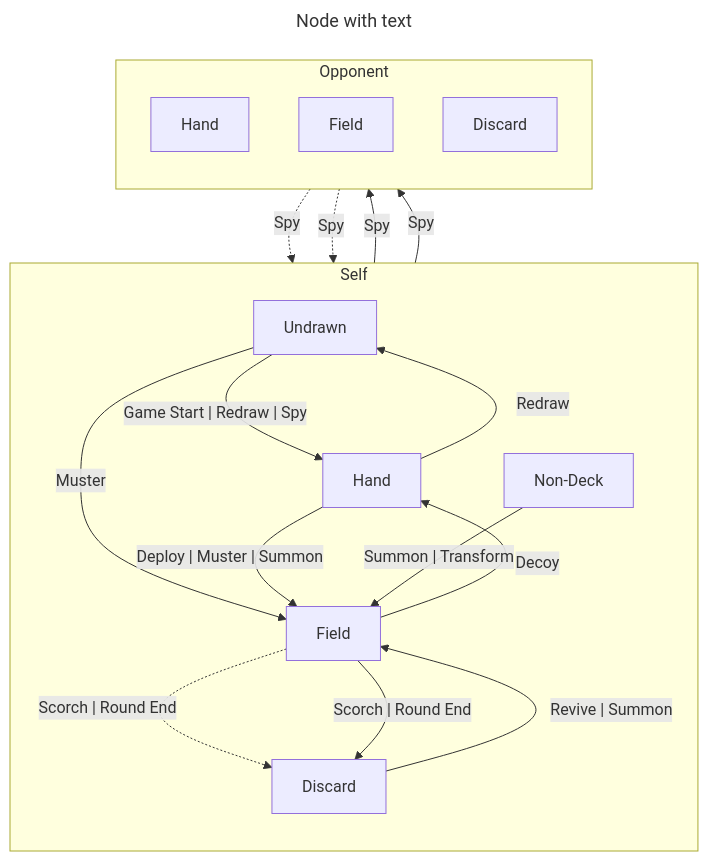
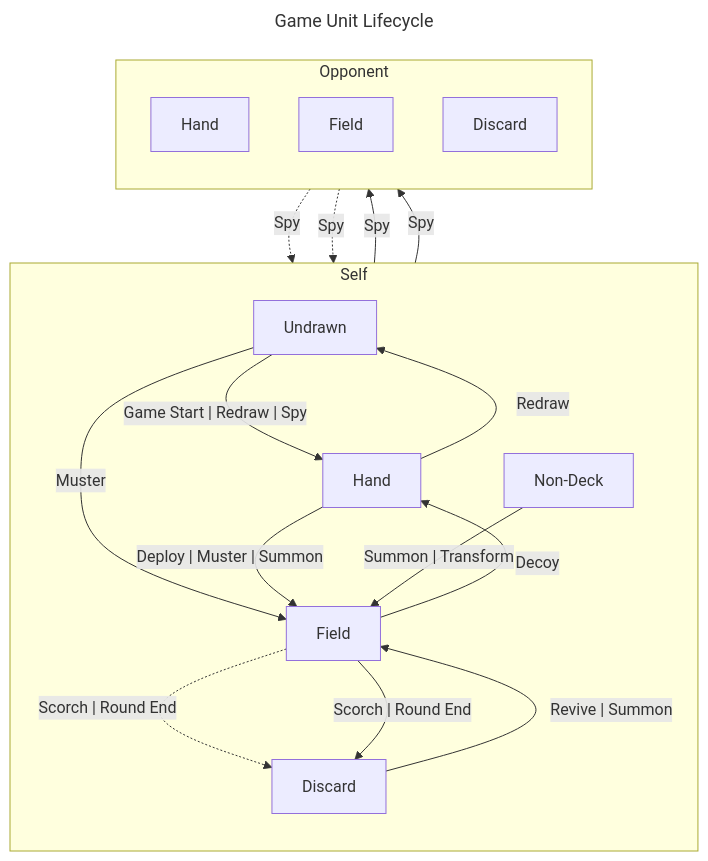
One commit to aboe026/gwent-oss changed the diagram in architecture/game-unit-lifecycle.md. Above: the diagram before and after it, drawn with Mermaid. The commit also changed other lines of this file and 10 other files, not shown here.

````diff
--- a/architecture/game-unit-lifecycle.md
+++ b/architecture/game-unit-lifecycle.md
@@ -7,25 +7,25 @@
 ```mermaid
 ---
-title: Node with text
+title: Game Unit Lifecycle
 ---
 flowchart TB
   subgraph Self
     direction TB
     undrawn[Undrawn] --> |Game Start #124; Redraw #124; Spy| hand[Hand]
     undrawn --> |Muster| field[Field]
     hand --> |Redraw| undrawn
     hand --> |Deploy #124; Muster #124; Summon | field[Field]
     field --> |Decoy| hand
     nonDeck[Non-Deck] --> |Summon #124; Transform| field[Field]
     field -.-> |Scorch #124; Round End| discard
     field --> |Scorch #124; Round End| discard[Discard]
     discard --> |Revive #124; Summon| field
   end
   subgraph Opponent
     direction TB
     opponentHand[Hand] -.-> |Spy| field[Field]
     hand --> |Spy| opponentField[Field]
     discard --> |Spy| opponentField[Field]
     opponentDiscard[Discard] -.-> |Spy| field[Field]
   end
 ```
````
